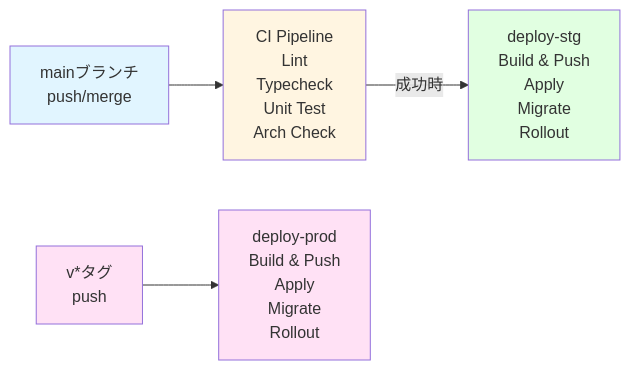
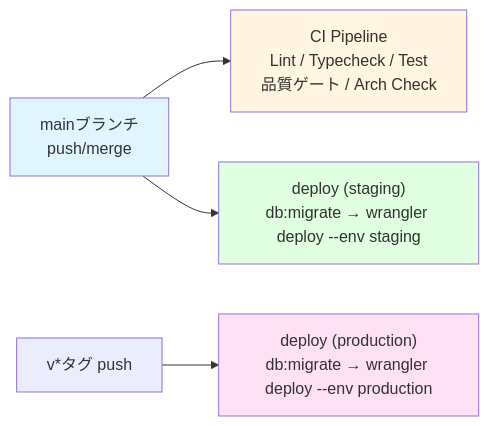
Before and after one commit to revedge-jp/fullstack-hono-tanstack-template: the second of 3 diagrams in docs/architecture/architecture.md, drawn with Mermaid. The commit also changed other lines of this file and 30 other files, not shown here.

````diff
--- a/docs/architecture/architecture.md
+++ b/docs/architecture/architecture.md
@@ -122,18 +66,17 @@
 ```mermaid
 graph LR
     Main[mainブランチ<br/>push/merge]
-    CI[CI Pipeline<br/>Lint<br/>Typecheck<br/>Unit Test<br/>Arch Check]
-    Stg[deploy-stg<br/>Build & Push<br/>Apply<br/>Migrate<br/>Rollout]
-    Tag[v*タグ<br/>push]
-    Prod[deploy-prod<br/>Build & Push<br/>Apply<br/>Migrate<br/>Rollout]
-    
+    CI[CI Pipeline<br/>Lint / Typecheck / Test<br/>品質ゲート / Arch Check]
+    Stg["deploy (staging)<br/>db:migrate → wrangler deploy --env staging"]
+    Tag[v*タグ push]
+    Prod["deploy (production)<br/>db:migrate → wrangler deploy --env production"]
+
     Main --> CI
-    CI -->|成功時| Stg
+    Main --> Stg
     Tag --> Prod
-    
+
     style Main fill:#e1f5ff
     style CI fill:#fff5e1
     style Stg fill:#e1ffe1
-    style Tag fill:#ffe1f5
     style Prod fill:#ffe1f5
 ```
````
